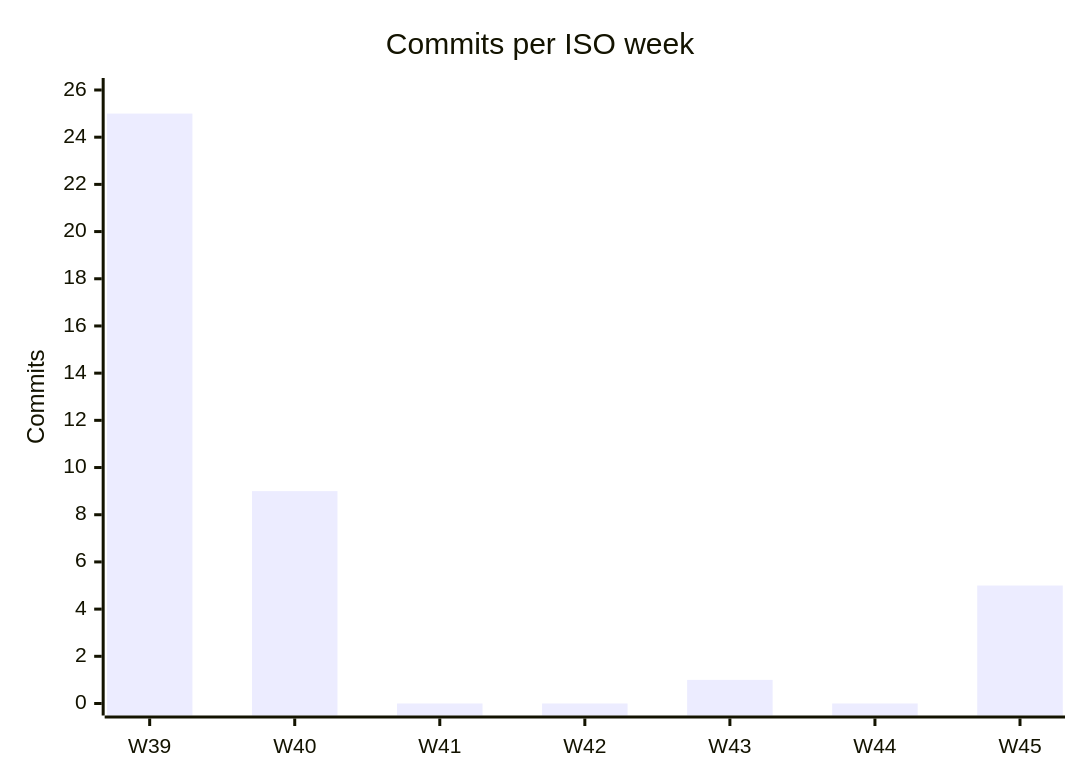
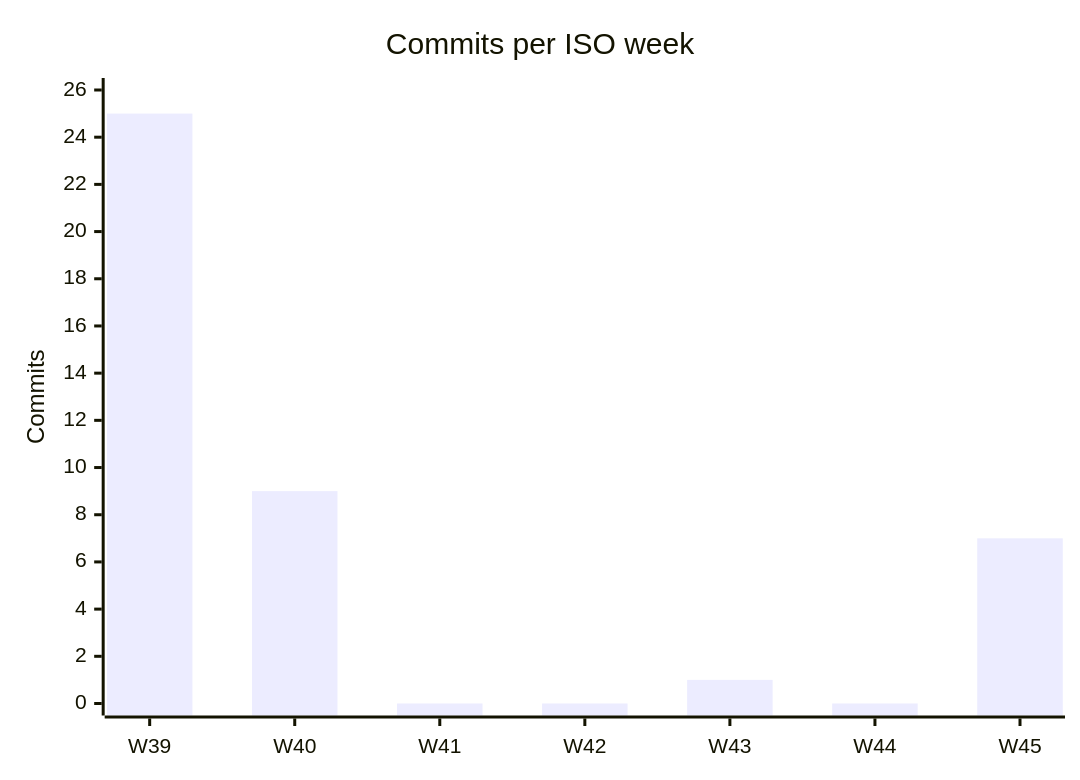
Before and after one commit to factory-aj-pahl/mockingbird-bank: the second of 2 diagrams in droid-wiki/by-the-numbers.md, drawn with Mermaid. The commit also changed other lines of this file and 7 other files, not shown here.

````diff
--- a/droid-wiki/by-the-numbers.md
+++ b/droid-wiki/by-the-numbers.md
@@ -59,7 +62,7 @@
 ```mermaid
 xychart-beta
     title "Commits per ISO week"
     x-axis ["W39", "W40", "W41", "W42", "W43", "W44", "W45"]
     y-axis "Commits" 0 --> 26
-    bar [25, 9, 0, 0, 1, 0, 5]
+    bar [25, 9, 0, 0, 1, 0, 7]
 ```
````
